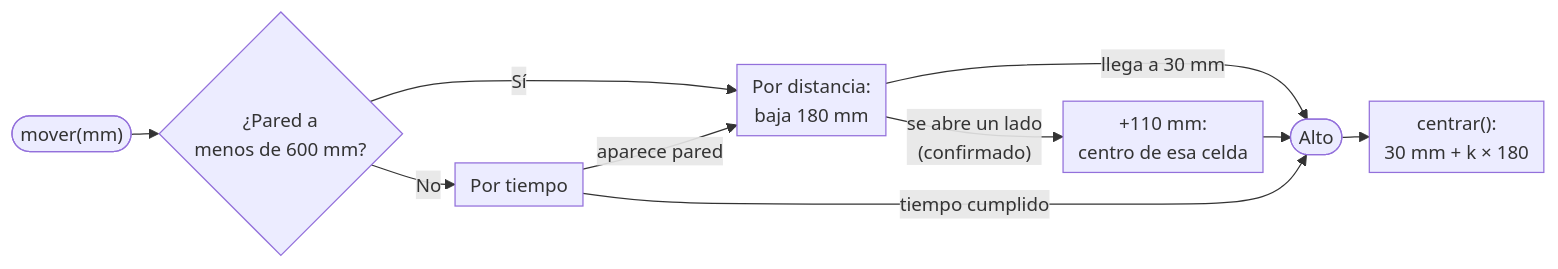
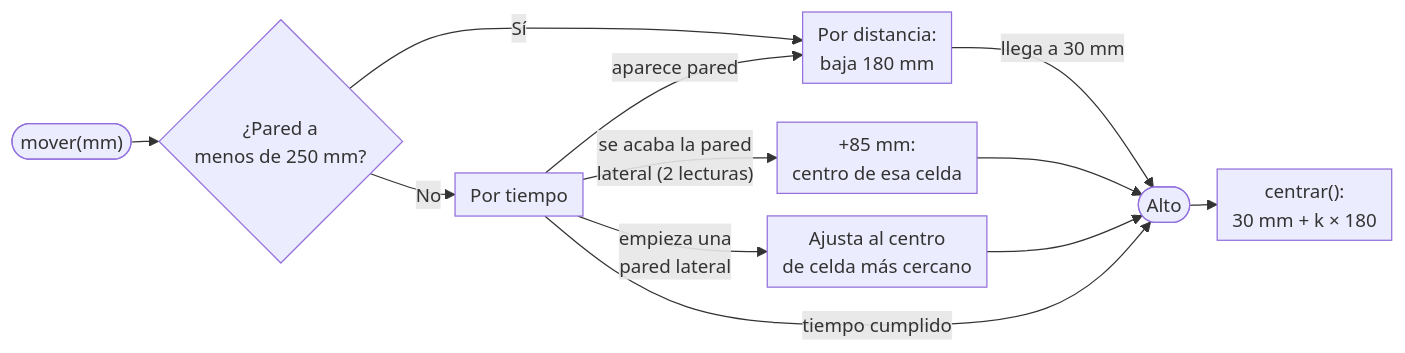
Before and after one commit to Happenedspice17/sumo-v-ia: the second of 3 diagrams in docs/manual_jueces.md, drawn with Mermaid. The commit also changed other lines of this file and 1 other file, not shown here.

````diff
--- a/docs/manual_jueces.md
+++ b/docs/manual_jueces.md
@@ -133,13 +133,15 @@
 ```mermaid
 %%{init: {'flowchart': {'nodeSpacing': 18, 'rankSpacing': 22, 'padding': 6}, 'themeVariables': {'fontSize': '15px'}}}%%
 flowchart LR
-  A(["mover(mm)"]) --> B{"¿Pared a<br/>menos de 600 mm?"}
+  A(["mover(mm)"]) --> B{"¿Pared a<br/>menos de 250 mm?"}
   B -- Sí --> D["Por distancia:<br/>baja 180 mm"]
   B -- No --> T["Por tiempo"]
   T -- aparece pared --> D
-  D -- "se abre un lado<br/>(confirmado)" --> S["+110 mm:<br/>centro de esa celda"]
+  T -- "se acaba la pared<br/>lateral (2 lecturas)" --> S["+85 mm:<br/>centro de esa celda"]
+  T -- "empieza una<br/>pared lateral" --> E["Ajusta al centro<br/>de celda más cercano"]
   D -- "llega a 30 mm" --> F(["Alto"])
   S --> F
+  E --> F
   T -- tiempo cumplido --> F
   F --> C["centrar():<br/>30 mm + k × 180"]
 ```
````
